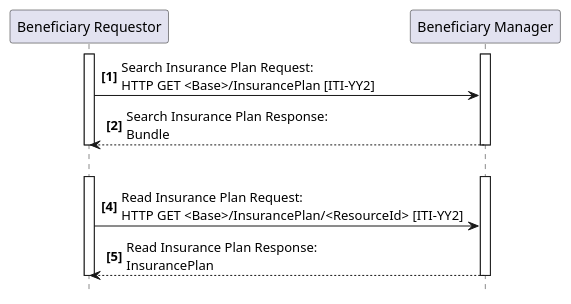
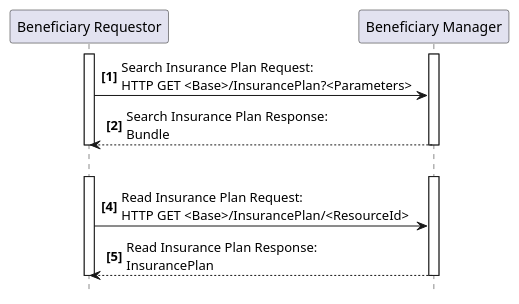
The diagram in input/images-source/ITI-YY2-seq.plantuml (IHE/ITI.Finance), drawn with PlantUML before and after one commit. The commit also changed 23 other files, not shown here.

```diff
--- a/input/images-source/ITI-YY2-seq.plantuml
+++ b/input/images-source/ITI-YY2-seq.plantuml
@@ -1,22 +1,22 @@
 @startuml
 skinparam svgDimensionStyle false
 hide footbox
 autonumber "<b>[0]"
 participant "Beneficiary Requestor" as Req
 participant "Beneficiary Manager" as Man
 activate Req
 activate Man
-Req -> Man : Search Insurance Plan Request:\nHTTP GET <Base>/InsurancePlan [ITI-YY2]
+Req -> Man : Search Insurance Plan Request:\nHTTP GET <Base>/InsurancePlan?<Parameters>
 Man --> Req : Search Insurance Plan Response:\nBundle
 deactivate Man
 deactivate Req
 
 Req -[hidden]> Man
 activate Req
 activate Man 
-Req -> Man : Read Insurance Plan Request:\nHTTP GET <Base>/InsurancePlan/<ResourceId> [ITI-YY2]
+Req -> Man : Read Insurance Plan Request:\nHTTP GET <Base>/InsurancePlan/<ResourceId>
 Man --> Req : Read Insurance Plan Response:\nInsurancePlan
 deactivate Man
 deactivate Req
 
 @enduml
```
